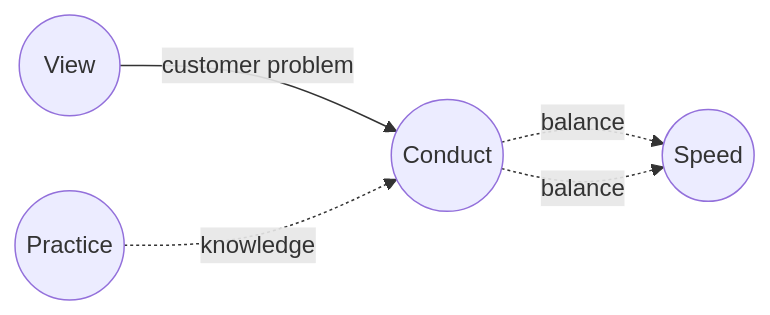
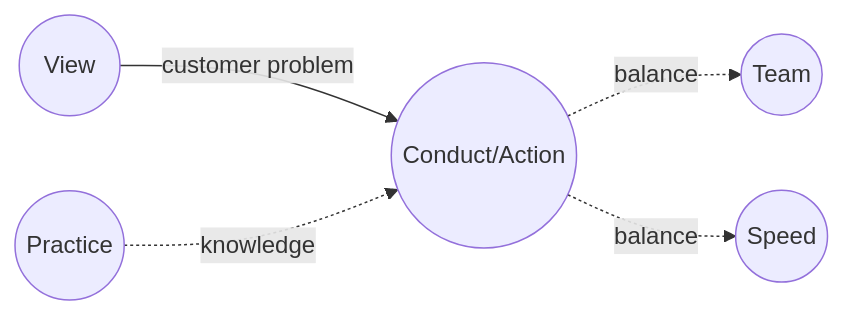
Before and after one commit to borisdev/resume: the diagram in zillow.md, drawn with Mermaid.

Commit message:
zillow values as a diagram

````diff
--- a/zillow.md
+++ b/zillow.md
@@ -18,7 +18,7 @@
 ```mermaid
 flowchart LR
     V(("#nbsp; View #nbsp;"))-- customer problem -->C(("Conduct"))
     P(("Practice"))-. knowledge .->C(("Conduct"))
-    C(("Conduct"))-. balance .->T(("Team"))
-    C(("Conduct"))-. balance .->T(("Speed"))
+    C(("Conduct/Action"))-. balance .->T(("Team"))
+    C(("Conduct/Action"))-. balance .->S(("Speed"))
 ```
````
